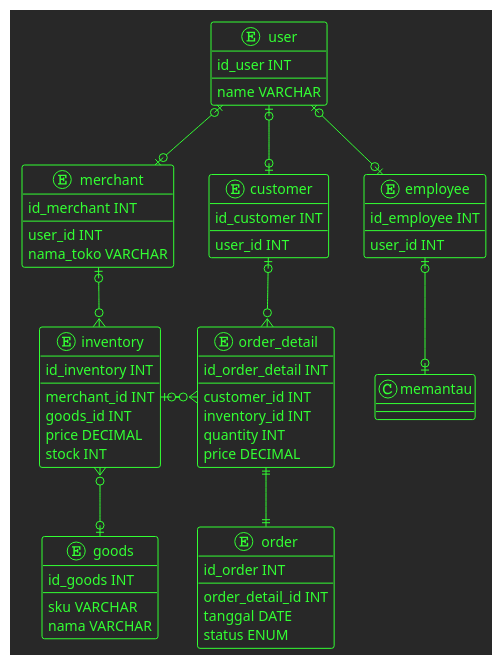
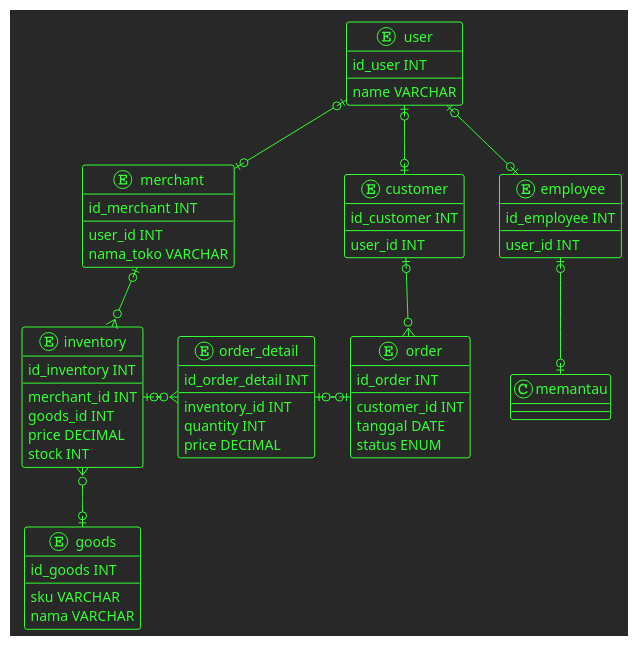
Before and after one commit to kaattuu/abucom_erd: the diagram in abucom_erd.puml, drawn with PlantUML. The commit also changed 2 other files, not shown here.

```diff
--- a/abucom_erd.puml
+++ b/abucom_erd.puml
@@ -1,82 +1,81 @@
 @startuml
 !theme crt-green
 ' !theme crt-amber
 
 entity user {
     id_user INT
     --
     name VARCHAR
 }
 
 entity merchant {
     id_merchant INT
     --
     user_id INT
     nama_toko VARCHAR
 }
 
 entity customer {
     id_customer INT
     --
     user_id INT
 }
 
 entity employee {
     id_employee INT
     --
     user_id INT
 }
 
 entity inventory {
     id_inventory INT
     --
     merchant_id INT
     goods_id INT
     price DECIMAL
     stock INT
 }
 
 entity order {
     id_order INT
     --
-    order_detail_id INT
+    customer_id INT
     tanggal DATE
     status ENUM
 }
 
 entity order_detail {
     id_order_detail INT
     --
-    customer_id INT
     inventory_id INT
     quantity INT
     price DECIMAL
 }
 
 entity goods {
     id_goods INT
     --
     sku VARCHAR
     nama VARCHAR
 }
 
 
 
 
 user |o--o| merchant
 user |o--o| customer
 user |o--o| employee
 
 
 merchant |o--o{ inventory
-customer |o--o{ order_detail
+customer |o--o{ order
 employee |o--o| memantau
 
 inventory |o-o{ order_detail
 inventory }o--o| goods
 
-order_detail ||--|| order
+order_detail |o-o| order
 
 
 
 @enduml
```
